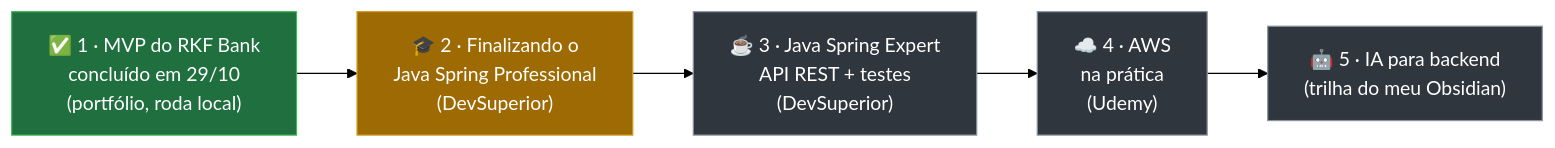
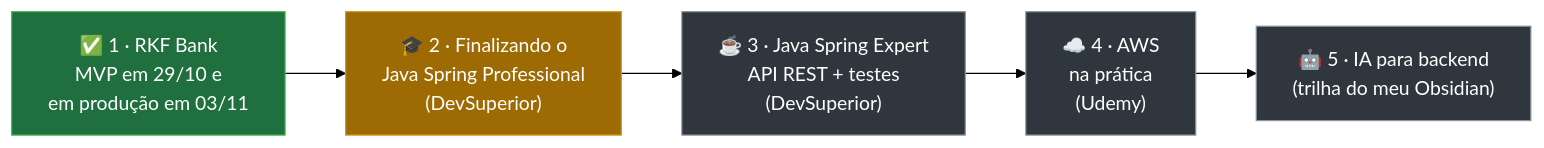
Before and after one commit to k3vinrich4rd/k3vinrich4rd: diagram 14 of 22 in README.md, drawn with Mermaid (forest theme). The commit also changed other lines of this file and 8 other files, not shown here.

First line of the commit message:
docs(perfil): RKF Bank em produção (Vercel + Render + Aiven)

````diff
--- a/README.md
+++ b/README.md
@@ -1718,10 +1720,10 @@
 ```mermaid
 flowchart LR
-    A["✅ 1 · MVP do RKF Bank<br/>concluído em 29/10<br/>(portfólio, roda local)"]:::feito --> B["🎓 2 · Finalizando o<br/>Java Spring Professional<br/>(DevSuperior)"]:::agora
+    A["✅ 1 · RKF Bank<br/>MVP em 29/10 e<br/>em produção em 03/11"]:::feito --> B["🎓 2 · Finalizando o<br/>Java Spring Professional<br/>(DevSuperior)"]:::agora
     B --> C["☕ 3 · Java Spring Expert<br/>API REST + testes<br/>(DevSuperior)"]:::proximo
     C --> D["☁️ 4 · AWS<br/>na prática<br/>(Udemy)"]:::proximo
     D --> E["🤖 5 · IA para backend<br/>(trilha do meu Obsidian)"]:::proximo
     classDef agora fill:#9e6a03,stroke:#d29922,color:#fff
     classDef feito fill:#1f6f3f,stroke:#3fb950,color:#fff
     classDef proximo fill:#30363d,stroke:#8b949e,color:#fff
 ```
````
